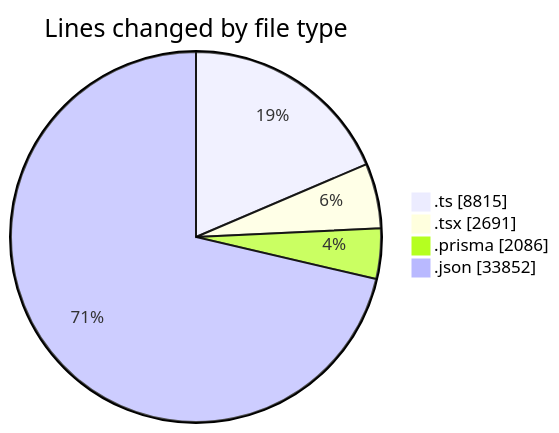
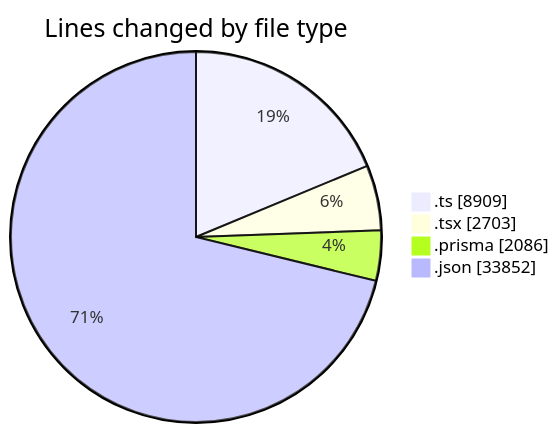
One commit to CELIANVF/code-tracking changed the first of 2 diagrams in 2025-05-19/ecodeli-1/README.md. Above: the diagram before and after it, drawn with Mermaid. The commit also changed other lines of this file and 1 other file, not shown here.

````diff
--- a/2025-05-19/ecodeli-1/README.md
+++ b/2025-05-19/ecodeli-1/README.md
@@ -53,8 +53,8 @@
 ```mermaid
 pie showData
 title Lines changed by file type
-".ts" : 8815
-".tsx" : 2691
+".ts" : 8909
+".tsx" : 2703
 ".prisma" : 2086
 ".json" : 33852
 ```
````
